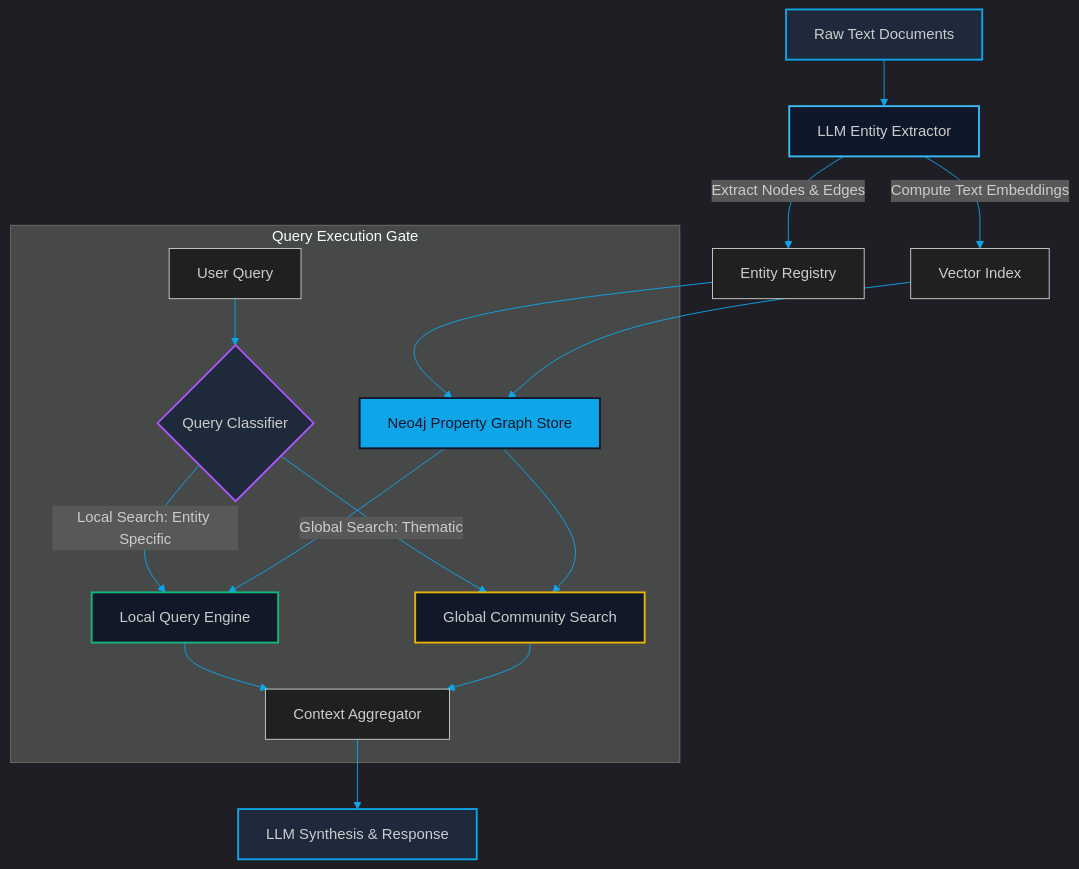
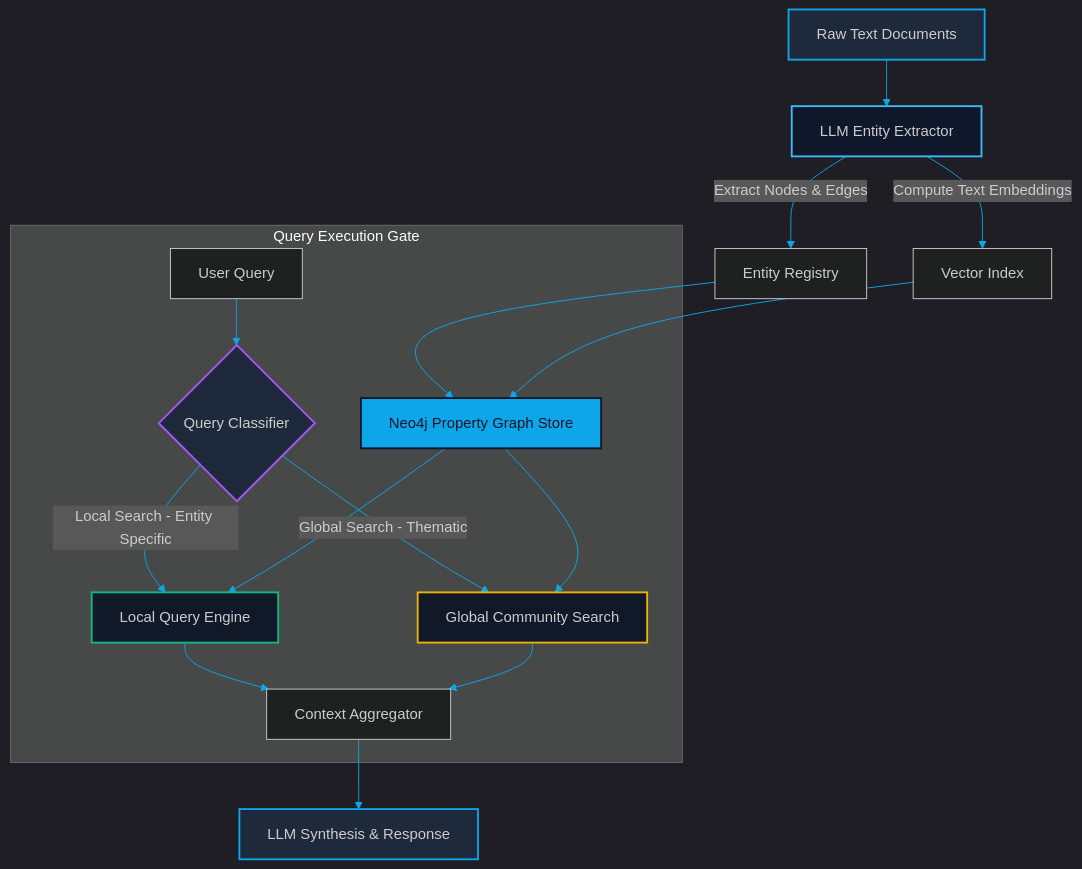
The diagram in blog/posts/graphrag-entity-graphs.md (akmalkhaniub/akmalkhaniub.github.io), drawn with Mermaid before and after one commit. The commit also changed other lines of this file and 411 other files, not shown here.

````diff
--- a/blog/posts/graphrag-entity-graphs.md
+++ b/blog/posts/graphrag-entity-graphs.md
@@ -26,30 +26,30 @@
 ```mermaid
 %%{init: {'theme': 'dark', 'themeVariables': { 'primaryColor': '#0ea5e9', 'primaryTextColor': '#f3f4f6', 'primaryBorderColor': '#38bdf8', 'lineColor': '#0ea5e9', 'secondaryColor': '#111827', 'tertiaryColor': '#111827'}}}%%
-graph TD
+flowchart TD
     A[Raw Text Documents] --> B[LLM Entity Extractor]
     B -->|Extract Nodes & Edges| C[Entity Registry]
     B -->|Compute Text Embeddings| D[Vector Index]
     C --> E[Neo4j Property Graph Store]
     D --> E
     
     subgraph SG1_QueryExecutionGate ["Query Execution Gate"]
         F[User Query] --> G{Query Classifier}
-        G -->|Local Search: Entity Specific| H[Local Query Engine]
-        G -->|Global Search: Thematic| I[Global Community Search]
+        G -->|Local Search - Entity Specific| H[Local Query Engine]
+        G -->|Global Search - Thematic| I[Global Community Search]
         
         E --> H
         E --> I
         H --> J[Context Aggregator]
         I --> J
     end
     
     J --> K[LLM Synthesis & Response]
 
     style A fill:#1e293b,stroke:#0ea5e9,stroke-width:2px
     style B fill:#0f172a,stroke:#38bdf8,stroke-width:2px
     style E fill:#0ea5e9,stroke:#0f172a,stroke-width:2px,color:#0f172a
     style G fill:#1e293b,stroke:#a855f7,stroke-width:2px
     style H fill:#111827,stroke:#10b981,stroke-width:2px
     style I fill:#111827,stroke:#eab308,stroke-width:2px
     style K fill:#1e293b,stroke:#0ea5e9,stroke-width:2px
 ```
````
